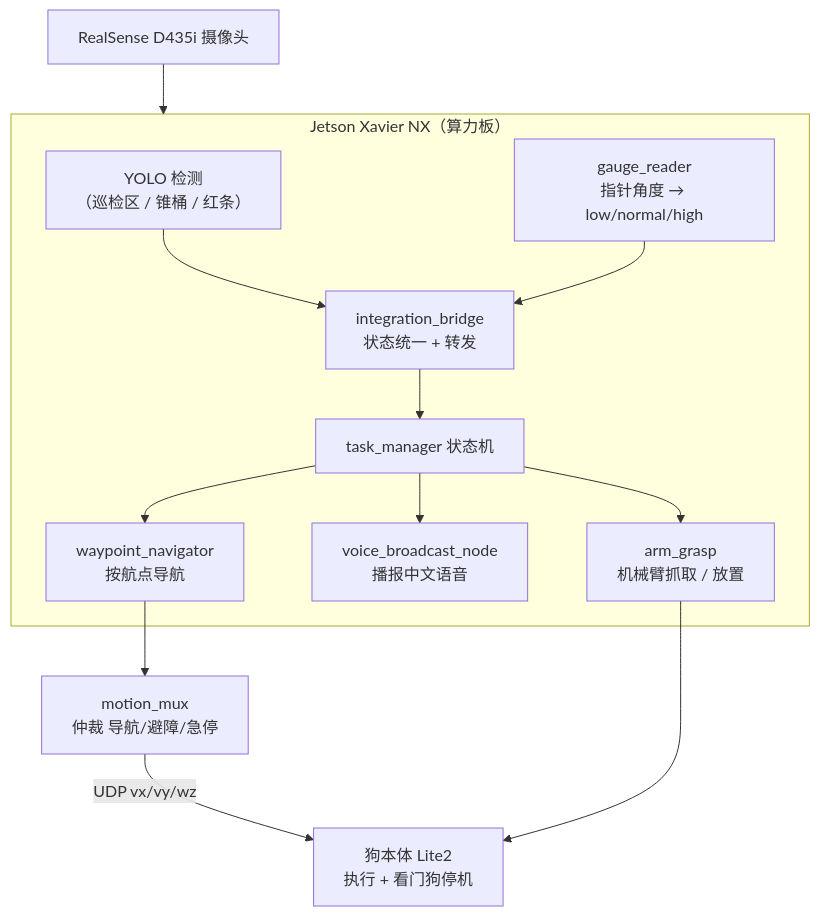
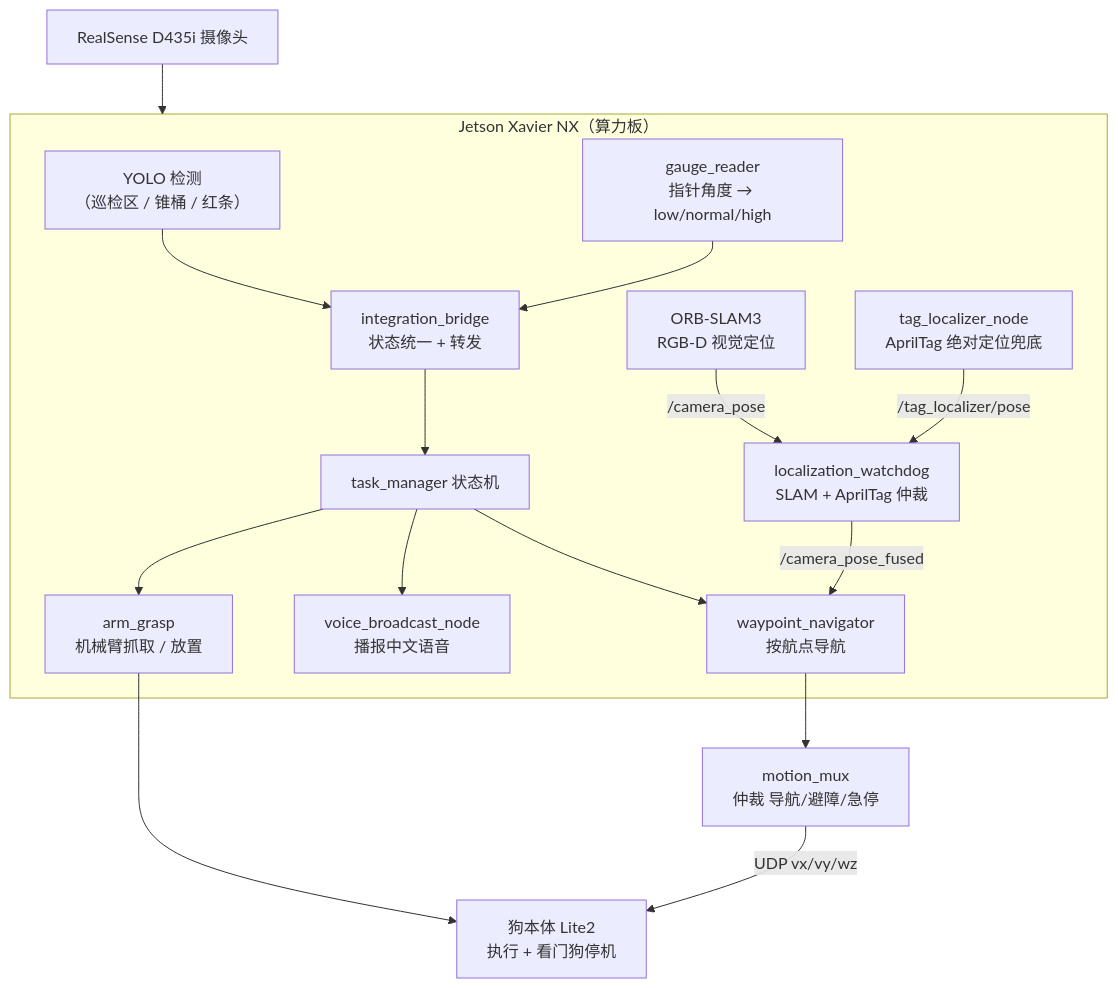
The first of 2 diagrams in 国赛/README.md (Nanako-Arasaka/dog), drawn with Mermaid before and after one commit. The commit also changed other lines of this file and 20 other files, not shown here.

First line of the commit message:
feat: AprilTag fallback localization with dual-source watchdog

````diff
--- a/国赛/README.md
+++ b/国赛/README.md
@@ -61,17 +61,21 @@
 ```mermaid
 flowchart TB
     Cam["RealSense D435i 摄像头"] --> Jetson
 
     subgraph Jetson["Jetson Xavier NX（算力板）"]
         YOLO["YOLO 检测\n（巡检区 / 锥桶 / 红条）"] --> Bridge["integration_bridge\n状态统一 + 转发"]
         Bridge --> FSM["task_manager 状态机"]
         Gauge["gauge_reader\n指针角度 → low/normal/high"] --> Bridge
         FSM --> Nav["waypoint_navigator\n按航点导航"]
         FSM --> Voice["voice_broadcast_node\n播报中文语音"]
         FSM --> Arm["arm_grasp\n机械臂抓取 / 放置"]
+
+        Slam["ORB-SLAM3\nRGB-D 视觉定位"] -->|"/camera_pose"| WD["localization_watchdog\nSLAM + AprilTag 仲裁"]
+        Tag["tag_localizer_node\nAprilTag 绝对定位兜底"] -->|"/tag_localizer/pose"| WD
+        WD -->|"/camera_pose_fused"| Nav
     end
 
     Nav --> Mux["motion_mux\n仲裁 导航/避障/急停"]
     Mux -->|"UDP vx/vy/wz"| Dog["狗本体 Lite2\n执行 + 看门狗停机"]
     Arm --> Dog
 ```
````
